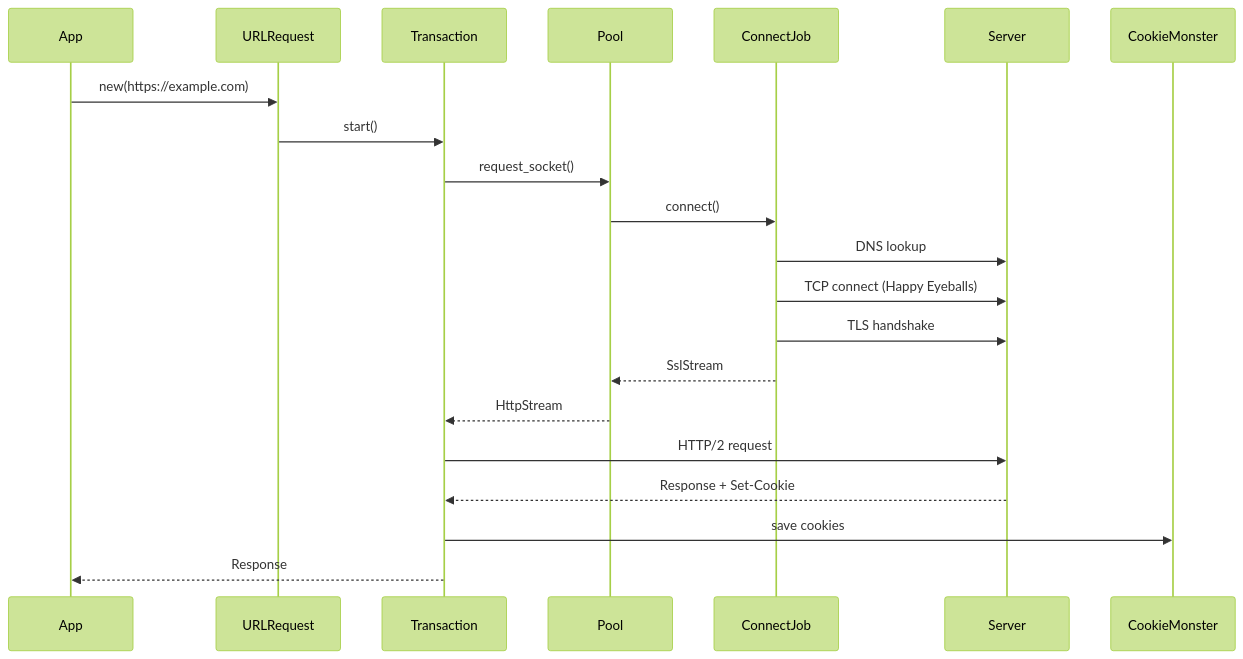
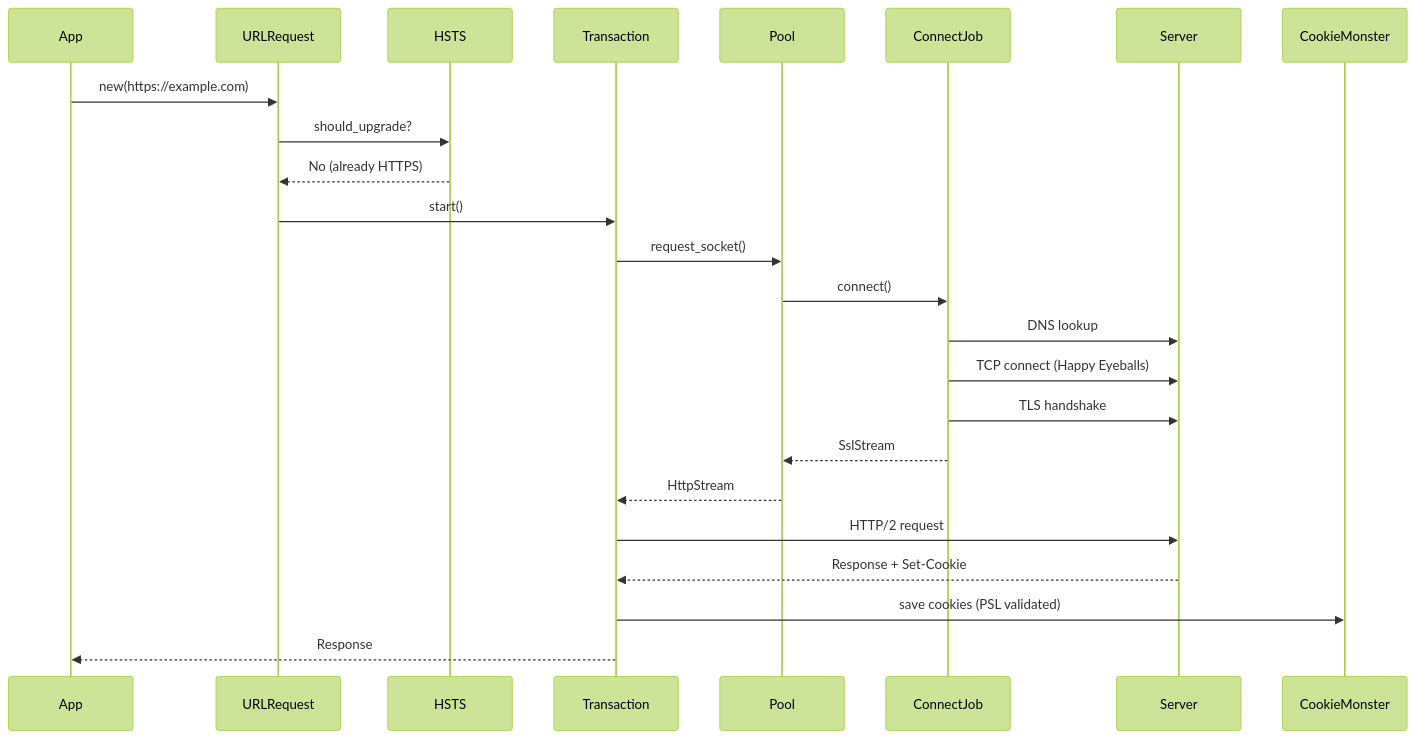
One commit to devanjumg70/gdlraw changed the second of 6 diagrams in chromenet/docs/codemap.md. Above: the diagram before and after it, drawn with Mermaid (forest theme). The commit also changed other lines of this file and 5 other files, not shown here.

Commit message:
docs: Add TLS security documentation for HSTS, certificate pinning, and CT verification, and update architecture overview.

````diff
--- a/chromenet/docs/codemap.md
+++ b/chromenet/docs/codemap.md
@@ -57,23 +74,26 @@
 ```mermaid
 sequenceDiagram
     participant App
     participant URLRequest
+    participant HSTS
     participant Transaction
     participant Pool
     participant ConnectJob
     participant Server
 
     App->>URLRequest: new(https://example.com)
+    URLRequest->>HSTS: should_upgrade?
+    HSTS-->>URLRequest: No (already HTTPS)
     URLRequest->>Transaction: start()
     Transaction->>Pool: request_socket()
     Pool->>ConnectJob: connect()
     ConnectJob->>Server: DNS lookup
     ConnectJob->>Server: TCP connect (Happy Eyeballs)
     ConnectJob->>Server: TLS handshake
     ConnectJob-->>Pool: SslStream
     Pool-->>Transaction: HttpStream
     Transaction->>Server: HTTP/2 request
     Server-->>Transaction: Response + Set-Cookie
-    Transaction->>CookieMonster: save cookies
+    Transaction->>CookieMonster: save cookies (PSL validated)
     Transaction-->>App: Response
 ```
````
